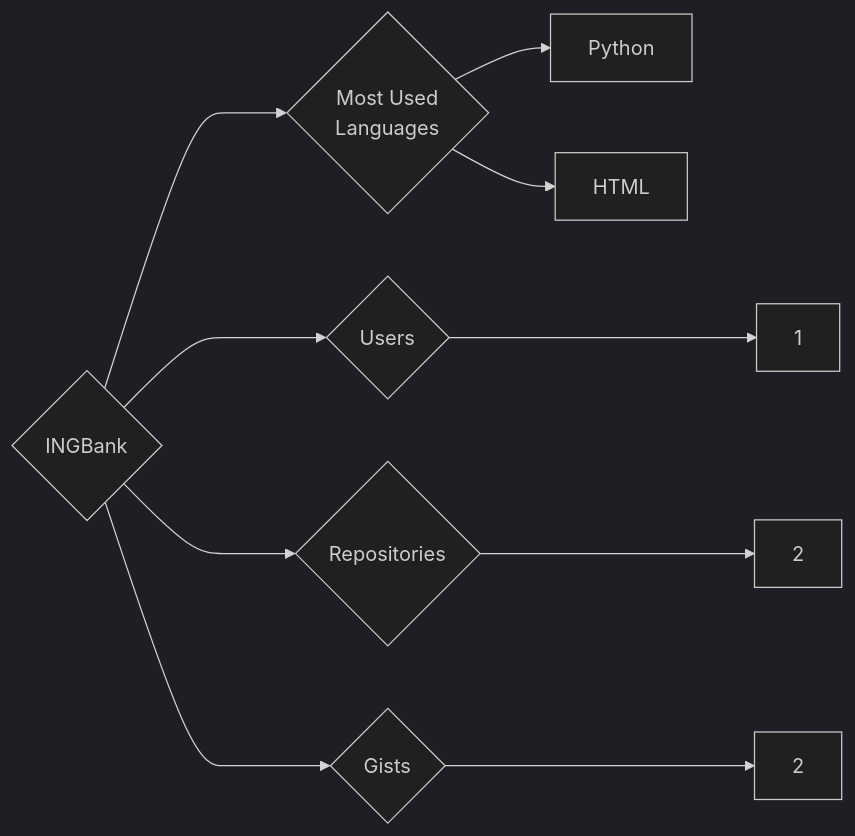
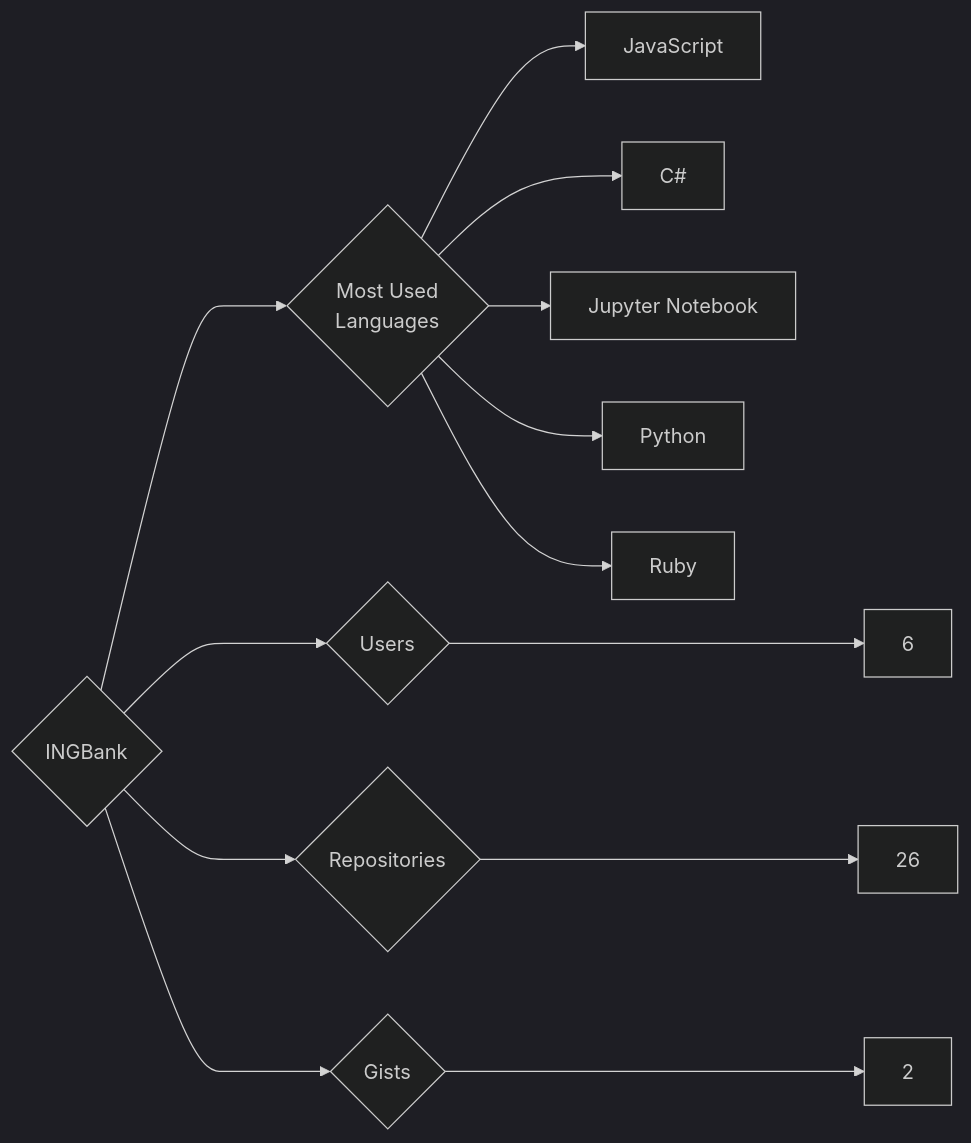
Before and after one commit to trickest/insiders: the diagram in targets/INGBank/README.md, drawn with Mermaid (dark theme). The commit also changed 1166 other files, not shown here.

````diff
--- a/targets/INGBank/README.md
+++ b/targets/INGBank/README.md
@@ -3,10 +3,13 @@
 ```mermaid
 graph LR
 COMPANY_NAME{INGBank}
-COMPANY_NAME ---> U{Users} ---> UN[1]
-COMPANY_NAME ---> R{Repositories} ---> RN[2]
+COMPANY_NAME ---> U{Users} ---> UN[6]
+COMPANY_NAME ---> R{Repositories} ---> RN[26]
 COMPANY_NAME ---> G{Gists} ---> GN[2]
 COMPANY_NAME ---> ML{Most Used<br>Languages}
+ML --> JavaScript[JavaScript]
+ML --> C#[C#]
+ML --> Jupyter_Notebook[Jupyter Notebook]
 ML --> Python[Python]
-ML --> HTML[HTML]
+ML --> Ruby[Ruby]
 ```
````
